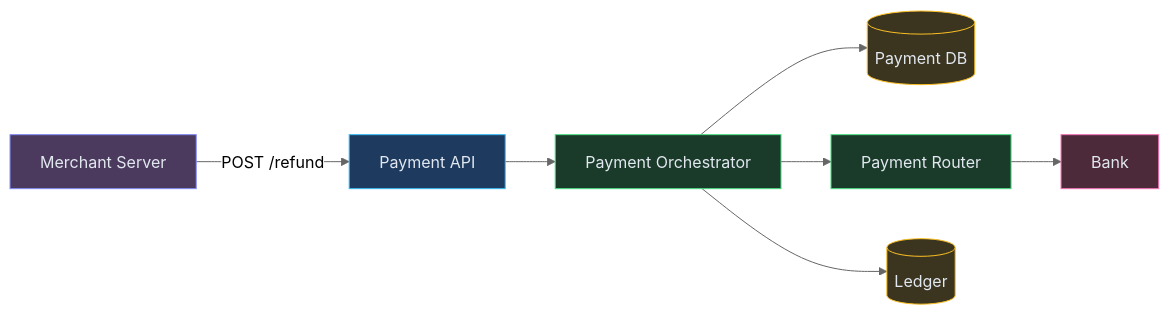
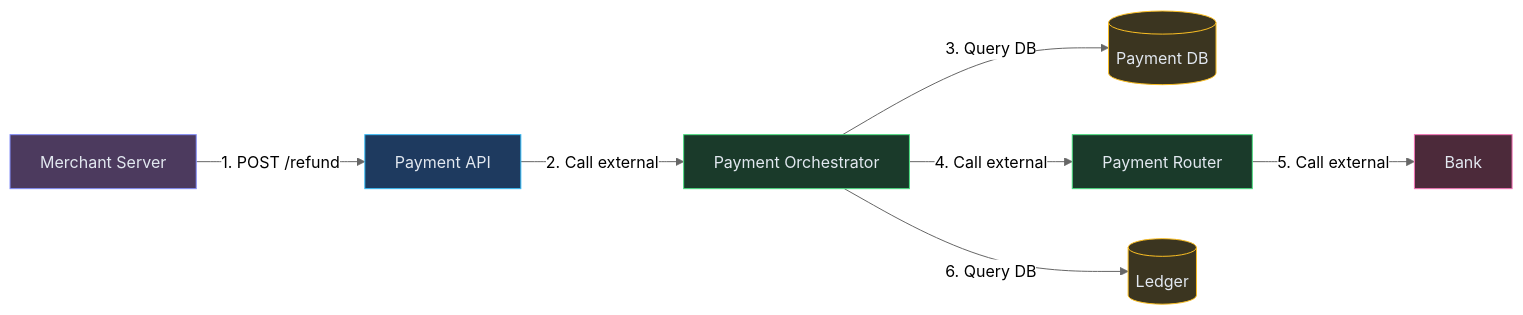
One commit to iluzn/HLD-Designs changed the third of 6 diagrams in content/hld/PaymentSystem.md. Above: the diagram before and after it, drawn with Mermaid (neutral theme). The commit also changed other lines of this file and 27 other files, not shown here.

````diff
--- a/content/hld/PaymentSystem.md
+++ b/content/hld/PaymentSystem.md
@@ -209,23 +209,23 @@
 ```mermaid
 flowchart LR
     MERCHANT["Merchant Server"]:::client
     API["Payment API"]:::edge
     ORCH["Payment Orchestrator"]:::service
     DB[("Payment DB")]:::data
     ROUTER["Payment Router"]:::service
     BANK["Bank"]:::external
     LEDGER[("Ledger")]:::data
 
-    MERCHANT -->|"POST /refund"| API
-    API --> ORCH
-    ORCH --> DB
-    ORCH --> ROUTER
-    ROUTER --> BANK
-    ORCH --> LEDGER
+    MERCHANT -->|"1. POST /refund"| API
+    API -->|"2. Call external"| ORCH
+    ORCH -->|"3. Query DB"| DB
+    ORCH -->|"4. Call external"| ROUTER
+    ROUTER -->|"5. Call external"| BANK
+    ORCH -->|"6. Query DB"| LEDGER
 
     classDef client fill:#4c3a5e,stroke:#818cf8,color:#e2e8f0
     classDef edge fill:#1e3a5f,stroke:#38bdf8,color:#e2e8f0
     classDef service fill:#1a3a2a,stroke:#4ade80,color:#e2e8f0
     classDef data fill:#3b3520,stroke:#fbbf24,color:#e2e8f0
     classDef external fill:#4c2a3a,stroke:#f472b6,color:#e2e8f0
 ```
````
